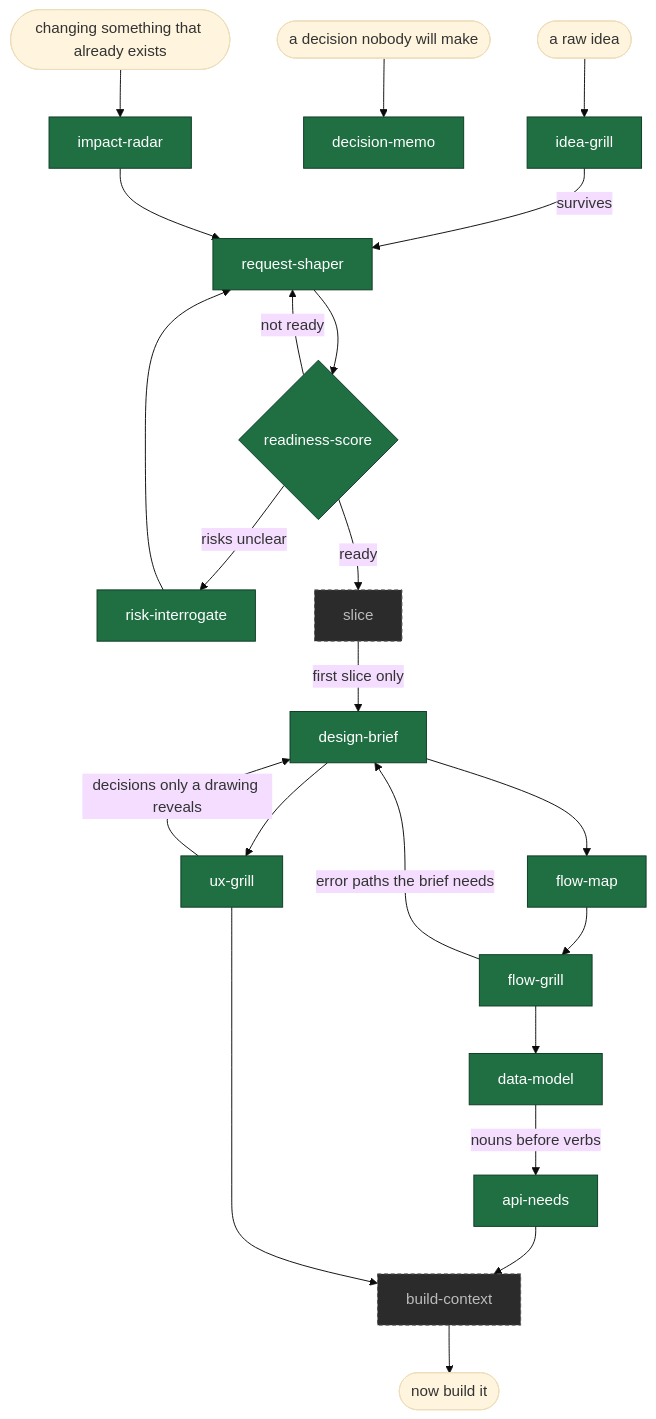
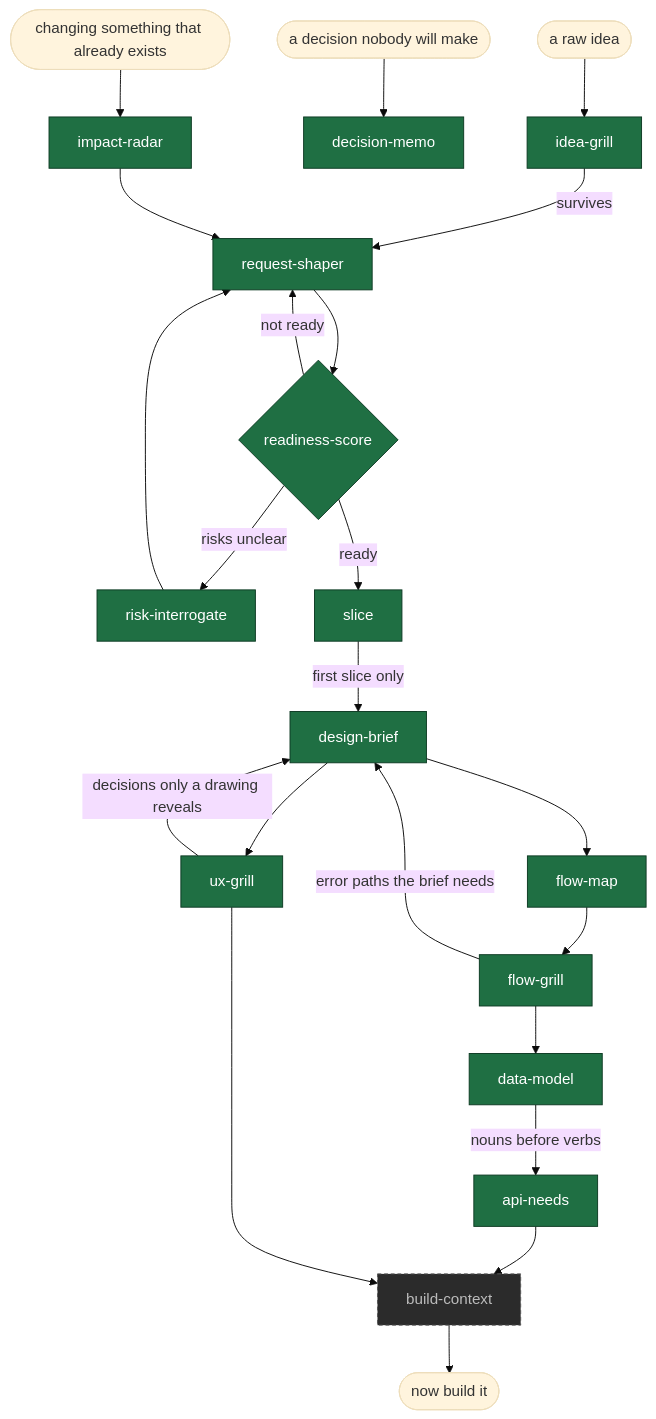
One commit to ratipcan-uysal/before-you-build changed the diagram in README.md. Above: the diagram before and after it, drawn with Mermaid (base theme). The commit also changed other lines of this file and 6 other files, not shown here.

````diff
--- a/README.md
+++ b/README.md
@@ -39,29 +39,29 @@
 ```mermaid
 flowchart TD
     idea([a raw idea]) --> IG[idea-grill]
     IG -->|survives| RS[request-shaper]
     RS --> SC{readiness-score}
     SC -->|not ready| RS
     SC -->|risks unclear| RI[risk-interrogate]
     RI --> RS
     SC -->|ready| SL[slice]
     SL -->|first slice only| DB[design-brief]
     DB --> UX[ux-grill]
     UX -->|decisions only a drawing reveals| DB
     DB --> FM[flow-map]
     FM --> FG[flow-grill]
     FG -->|error paths the brief needs| DB
     FG --> DMO[data-model]
     DMO -->|nouns before verbs| AN[api-needs]
     AN --> BC[build-context]
     UX --> BC
     BC --> out([now build it])
     blocked([a decision nobody will make]) --> DM[decision-memo]
     change([changing something that already exists]) --> IR[impact-radar]
     IR --> RS
 
     classDef shipped fill:#1f6f43,stroke:#0d3a23,color:#fff
     classDef planned fill:#2b2b2b,stroke:#555,color:#bbb,stroke-dasharray:4 3
-    class IG,RS,SC,RI,DB,UX,FM,FG,DMO,AN,IR,DM shipped
-    class SL,BC planned
+    class IG,RS,SC,SL,RI,DB,UX,FM,FG,DMO,AN,IR,DM shipped
+    class BC planned
 ```
````
